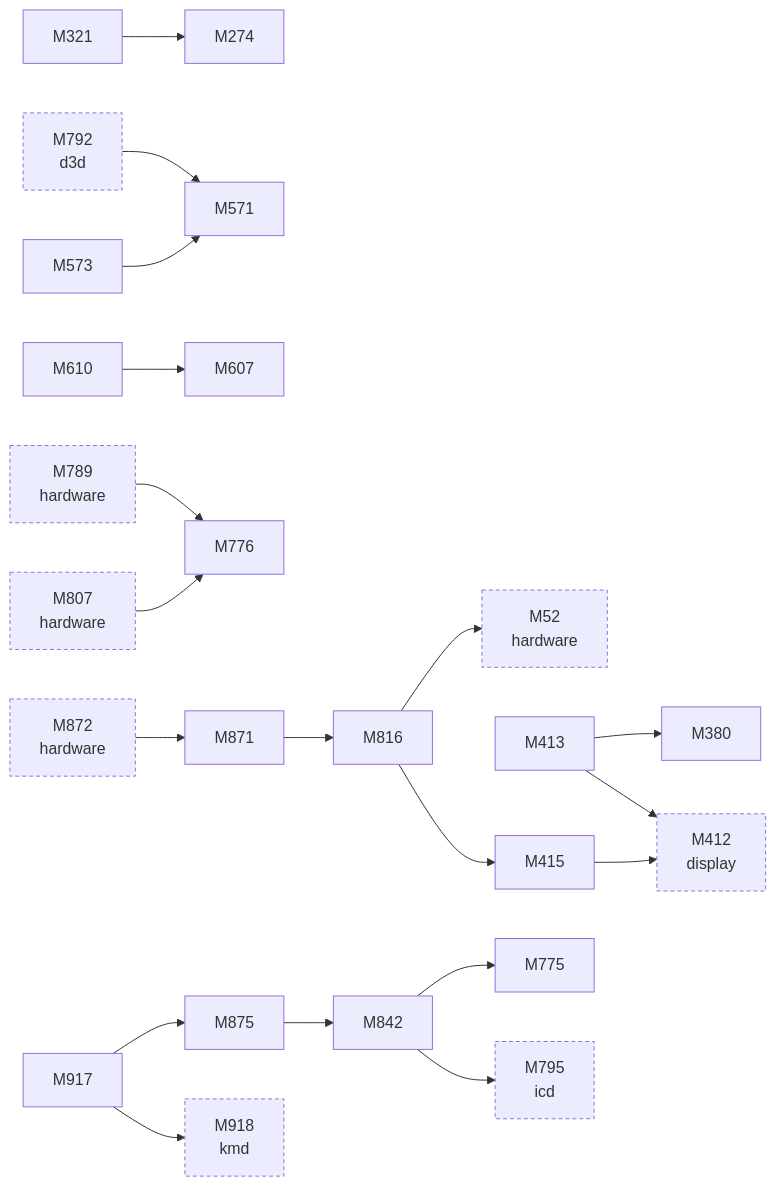
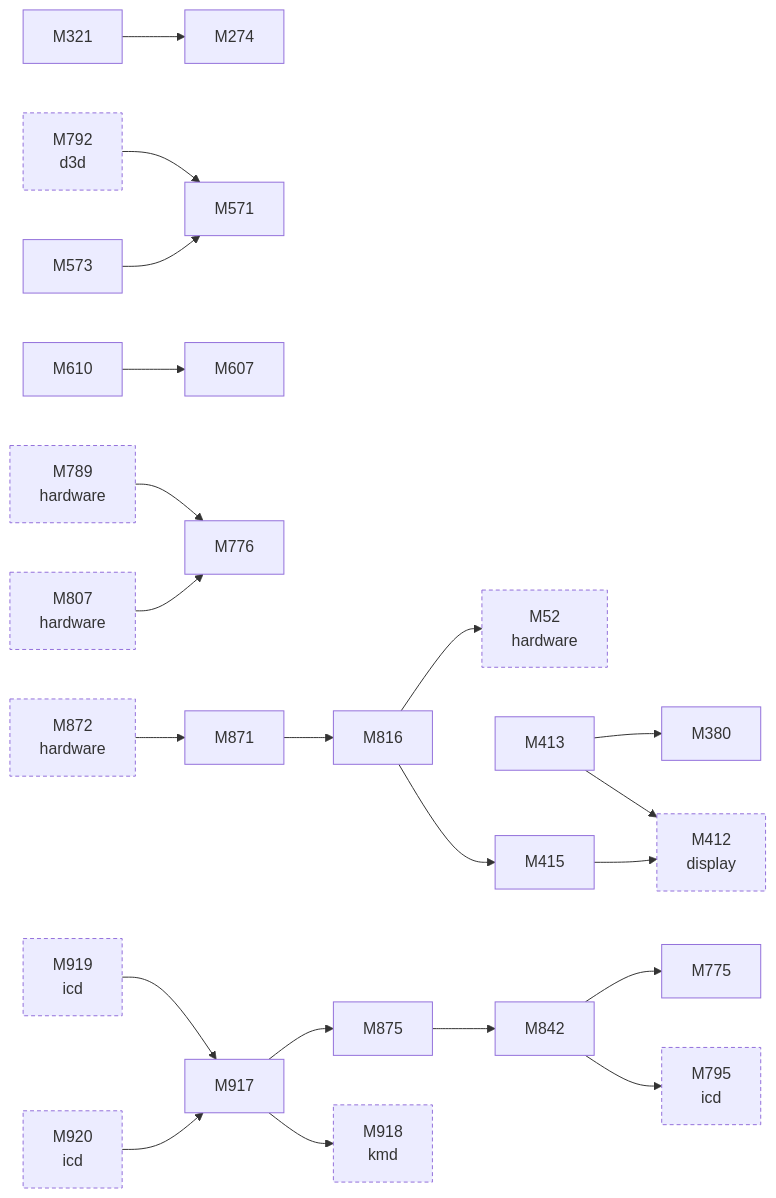
The second of 2 diagrams in docs/facts/graphs/games.md (D-Ogi/amdgpu-wddm), drawn with Mermaid before and after one commit. The commit also changed 76 other files, not shown here.

````diff
--- a/docs/facts/graphs/games.md
+++ b/docs/facts/graphs/games.md
@@ -31,47 +31,51 @@
 ```mermaid
 flowchart LR
   M52["M52<br/>hardware"]
   M274["M274"]
   M321["M321"]
   M380["M380"]
   M412["M412<br/>display"]
   M413["M413"]
   M415["M415"]
   M571["M571"]
   M573["M573"]
   M607["M607"]
   M610["M610"]
   M775["M775"]
   M776["M776"]
   M789["M789<br/>hardware"]
   M792["M792<br/>d3d"]
   M795["M795<br/>icd"]
   M807["M807<br/>hardware"]
   M816["M816"]
   M842["M842"]
   M871["M871"]
   M872["M872<br/>hardware"]
   M875["M875"]
   M917["M917"]
   M918["M918<br/>kmd"]
+  M919["M919<br/>icd"]
+  M920["M920<br/>icd"]
   M789 --> M776
   M807 --> M776
   M872 --> M871
+  M919 --> M917
+  M920 --> M917
   M792 --> M571
   M321 --> M274
   M413 --> M380
   M413 --> M412
   M415 --> M412
   M573 --> M571
   M610 --> M607
   M816 --> M52
   M816 --> M415
   M842 --> M775
   M842 --> M795
   M871 --> M816
   M875 --> M842
   M917 --> M875
   M917 --> M918
   classDef other stroke-dasharray:4 3
-  class M52,M412,M789,M792,M795,M807,M872,M918 other
+  class M52,M412,M789,M792,M795,M807,M872,M918,M919,M920 other
 ```
````
